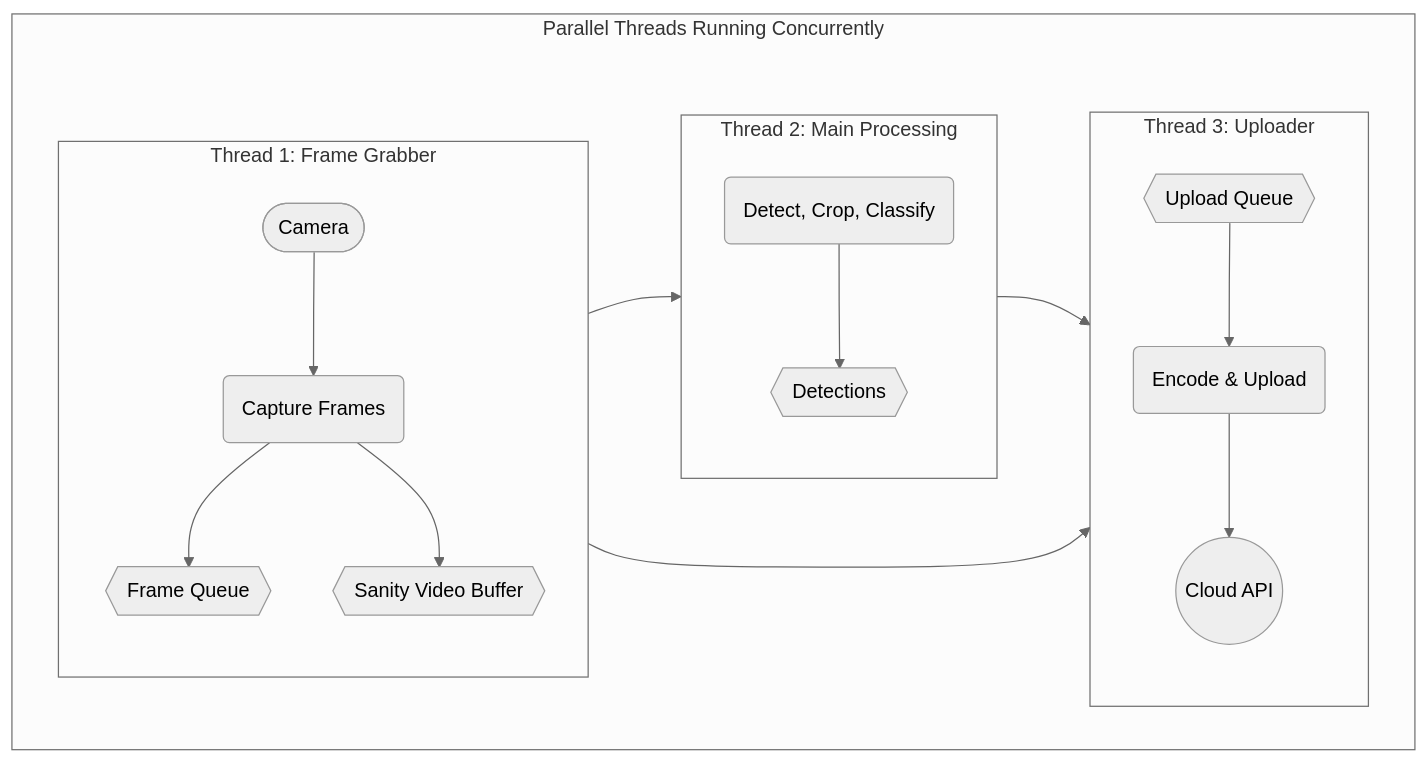
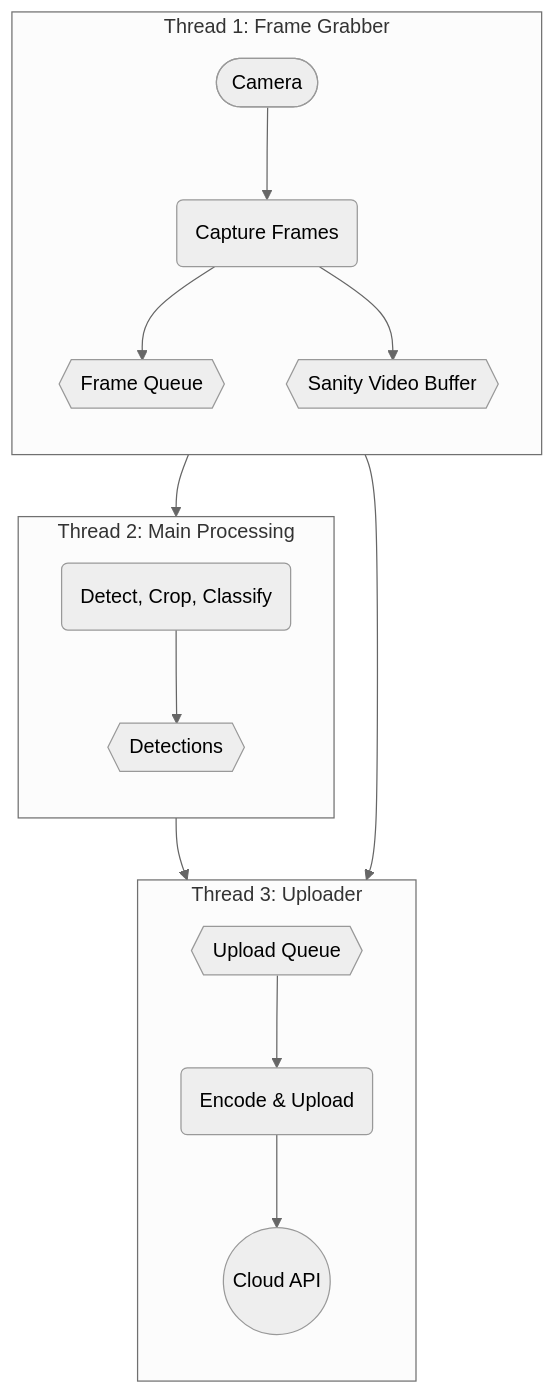
Before and after one commit to orlandocloss/twostage-hailo-inference: the diagram in README.md, drawn with Mermaid (neutral theme).

````diff
--- a/README.md
+++ b/README.md
@@ -45,30 +45,26 @@
 ```mermaid
 graph TD
-    subgraph "Parallel Threads Running Concurrently"
-        direction LR
-        
-        subgraph "Thread 1: Frame Grabber"
-            direction TB
-            Cam([Camera]) --> T1(Capture Frames);
-            T1 --> FQ{{Frame Queue}};
-            T1 --> SVB{{Sanity Video Buffer}};
-        end
+    subgraph "Thread 1: Frame Grabber"
+        direction TB
+        Cam([Camera]) --> T1(Capture Frames);
+        T1 --> FQ{{Frame Queue}};
+        T1 --> SVB{{Sanity Video Buffer}};
+    end
 
-        subgraph "Thread 2: Main Processing"
-            direction TB
-            T2("Detect, Crop, Classify");
-            FQ --> T2;
-            T2 --> DB{{Detections}};
-        end
-        
-        subgraph "Thread 3: Uploader"
-            direction TB
-            T3(Encode & Upload);
-            UQ{{Upload Queue}} --> T3;
-            T3 --> Cloud((Cloud API));
-        end
+    subgraph "Thread 2: Main Processing"
+        direction TB
+        T2("Detect, Crop, Classify");
+        FQ --> T2;
+        T2 --> DB{{Detections}};
+    end
+    
+    subgraph "Thread 3: Uploader"
+        direction TB
+        T3(Encode & Upload);
+        UQ{{Upload Queue}} --> T3;
+        T3 --> Cloud((Cloud API));
     end
 
     DB --> UQ;
     SVB --> UQ;
 ```
````
